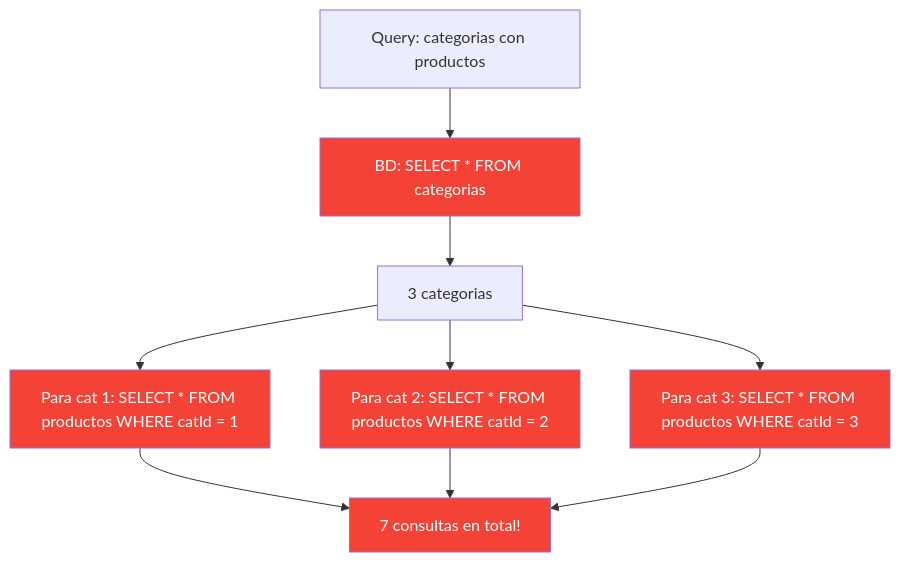
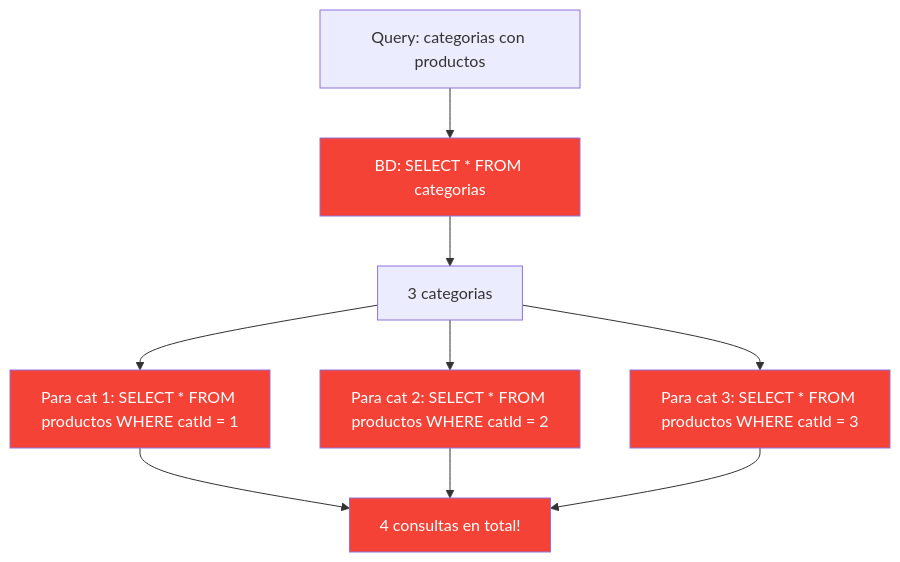
Before and after one commit to joseluisgs/DesarrolloWebEntornosServidor-02-2026-2027: the eighth of 10 diagrams in 19-graphql.md, drawn with Mermaid. The commit also changed other lines of this file and 33 other files, not shown here.

````diff
--- a/19-graphql.md
+++ b/19-graphql.md
@@ -860,19 +861,19 @@
 ```mermaid
 graph TD
     Q["Query: categorias con productos"] --> S1["BD: SELECT * FROM categorias"]
     S1 --> C["3 categorias"]
 
     C --> D1["Para cat 1: SELECT * FROM productos WHERE catId = 1"]
     C --> D2["Para cat 2: SELECT * FROM productos WHERE catId = 2"]
     C --> D3["Para cat 3: SELECT * FROM productos WHERE catId = 3"]
 
-    D1 --> R["7 consultas en total!"]
+    D1 --> R["4 consultas en total!"]
     D2 --> R
     D3 --> R
 
     style S1 fill:#f44336,color:#fff
     style D1 fill:#f44336,color:#fff
     style D2 fill:#f44336,color:#fff
     style D3 fill:#f44336,color:#fff
     style R fill:#f44336,color:#fff
 ```
````
